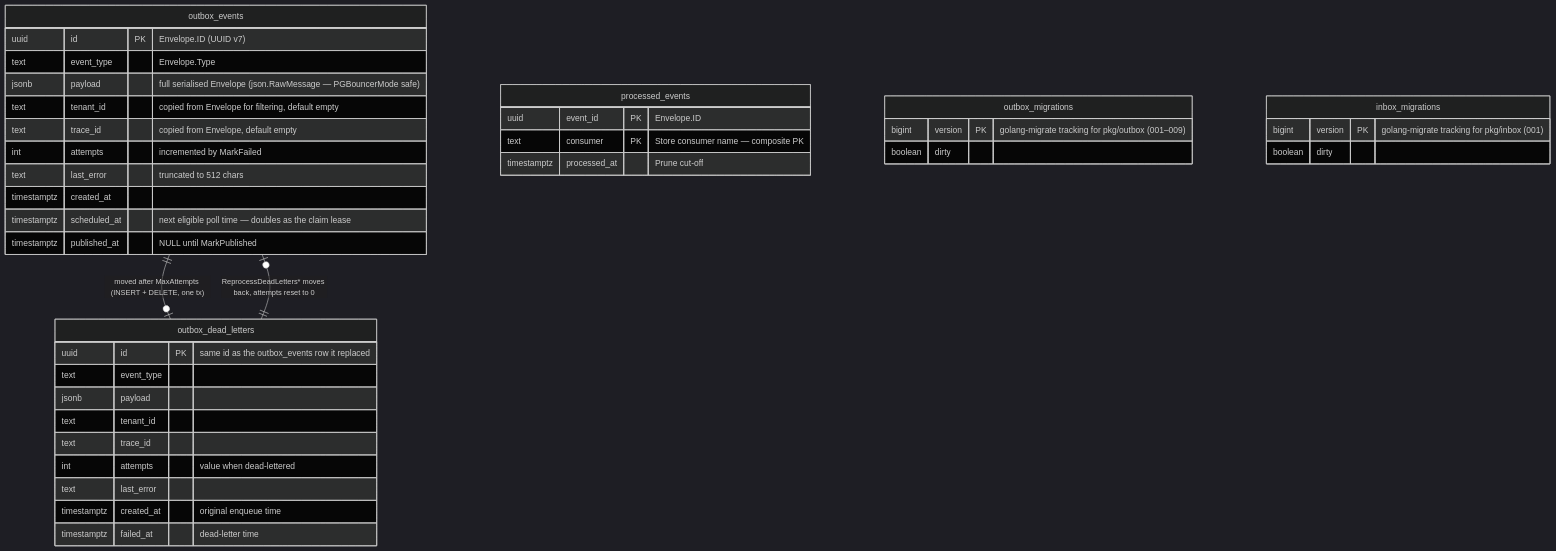
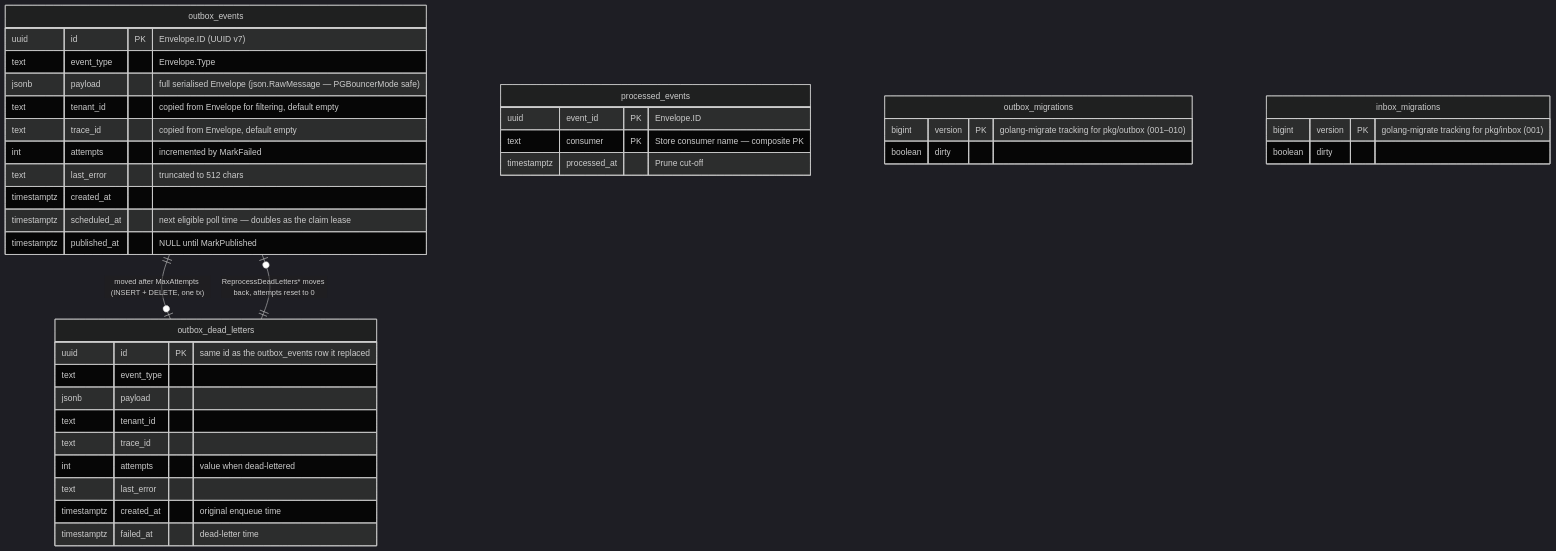
One commit to BCBP-SOLUTIONS-FZC-LLC/platform-events changed the seventh of 13 diagrams in ARCHITECTURE.md. Above: the diagram before and after it, drawn with Mermaid (dark theme). The commit also changed other lines of this file and 30 other files, not shown here.

````diff
--- a/ARCHITECTURE.md
+++ b/ARCHITECTURE.md
@@ -481,41 +483,41 @@
 ```mermaid
 erDiagram
     outbox_events {
         uuid id PK "Envelope.ID (UUID v7)"
         text event_type "Envelope.Type"
         jsonb payload "full serialised Envelope (json.RawMessage — PGBouncerMode safe)"
         text tenant_id "copied from Envelope for filtering, default empty"
         text trace_id "copied from Envelope, default empty"
         int attempts "incremented by MarkFailed"
         text last_error "truncated to 512 chars"
         timestamptz created_at
         timestamptz scheduled_at "next eligible poll time — doubles as the claim lease"
         timestamptz published_at "NULL until MarkPublished"
     }
     outbox_dead_letters {
         uuid id PK "same id as the outbox_events row it replaced"
         text event_type
         jsonb payload
         text tenant_id
         text trace_id
         int attempts "value when dead-lettered"
         text last_error
         timestamptz created_at "original enqueue time"
         timestamptz failed_at "dead-letter time"
     }
     processed_events {
         uuid event_id PK "Envelope.ID"
         text consumer PK "Store consumer name — composite PK"
         timestamptz processed_at "Prune cut-off"
     }
     outbox_migrations {
-        bigint version PK "golang-migrate tracking for pkg/outbox (001–009)"
+        bigint version PK "golang-migrate tracking for pkg/outbox (001–010)"
         boolean dirty
     }
     inbox_migrations {
         bigint version PK "golang-migrate tracking for pkg/inbox (001)"
         boolean dirty
     }
     outbox_events ||--o| outbox_dead_letters : "moved after MaxAttempts (INSERT + DELETE, one tx)"
     outbox_dead_letters ||--o| outbox_events : "ReprocessDeadLetters* moves back, attempts reset to 0"
 ```
````
